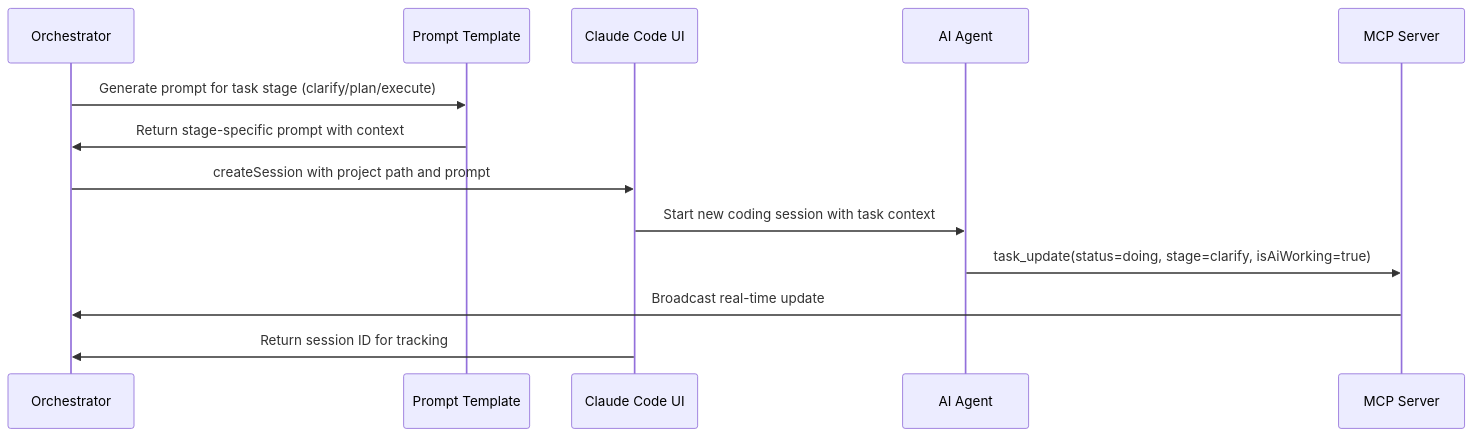
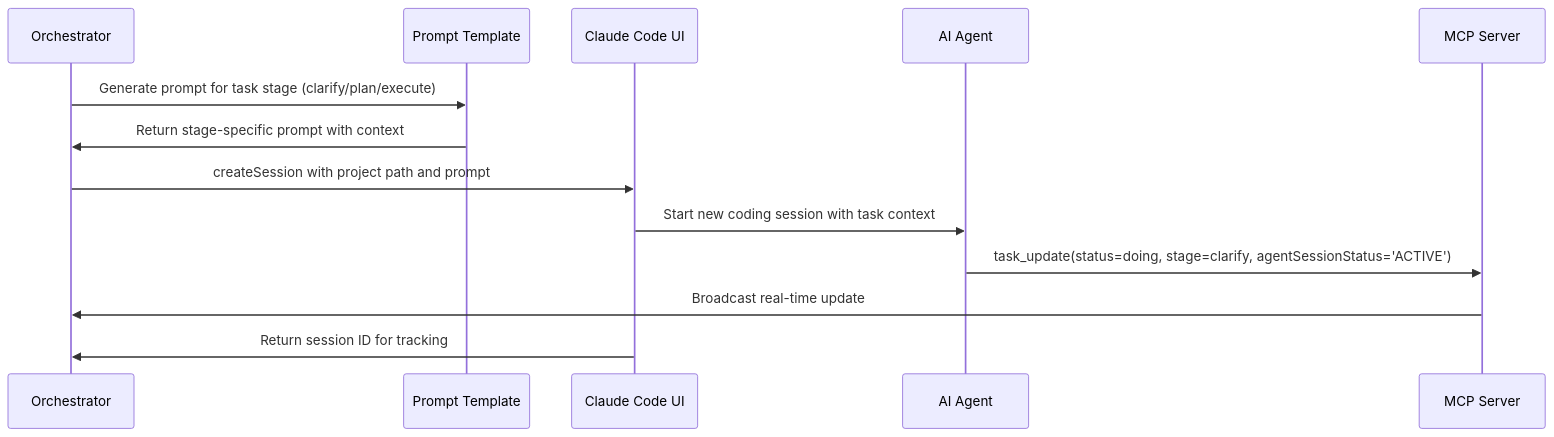
The fifth of 7 diagrams in docs/feature-flows/ai-orchestration.md (ivawzh/v0-bun-hono-tanstack-router), drawn with Mermaid before and after one commit. The commit also changed other lines of this file and 14 other files, not shown here.

````diff
--- a/docs/feature-flows/ai-orchestration.md
+++ b/docs/feature-flows/ai-orchestration.md
@@ -211,16 +211,16 @@
 ```mermaid
 sequenceDiagram
     participant O as Orchestrator
     participant PT as Prompt Template
     participant CC as Claude Code UI
     participant AI as AI Agent
     participant MCP as MCP Server
 
     O->>PT: Generate prompt for task stage (clarify/plan/execute)
     PT->>O: Return stage-specific prompt with context
     O->>CC: createSession with project path and prompt
     CC->>AI: Start new coding session with task context
-    AI->>MCP: task_update(status=doing, stage=clarify, isAiWorking=true)
+    AI->>MCP: task_update(status=doing, stage=clarify, agentSessionStatus='ACTIVE')
     MCP->>O: Broadcast real-time update
     CC->>O: Return session ID for tracking
 ```
````
